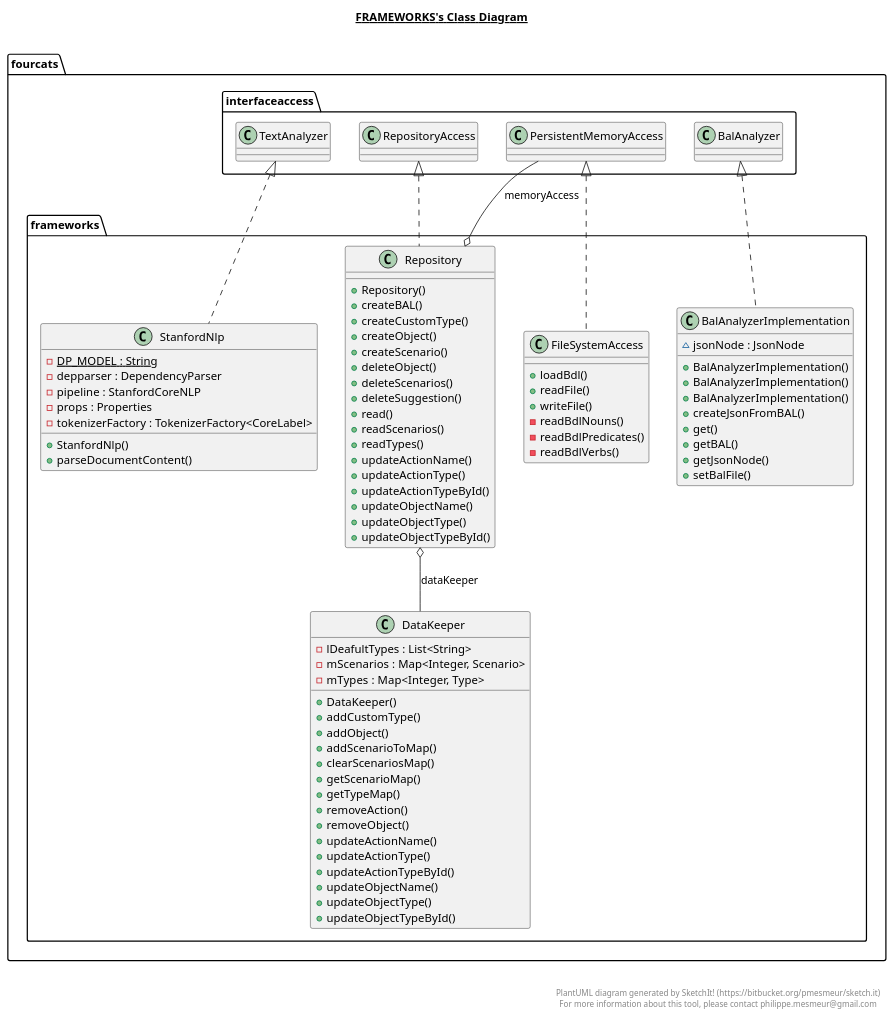
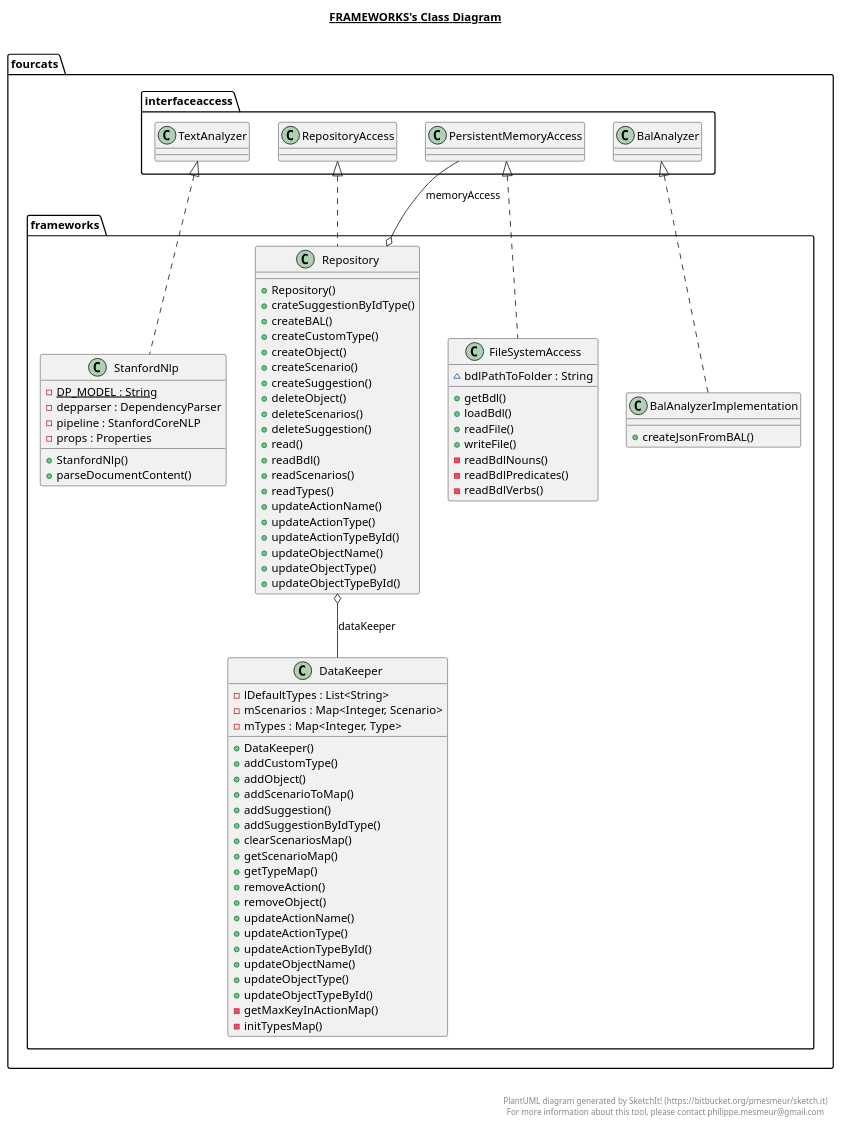
The diagram in NaturalAPI_Design/src/main/java/fourcats/frameworks/Frameworks.plantuml (fourcatsteam/NaturalAPI), drawn with PlantUML before and after one commit. The commit also changed 28 other files, not shown here.

```diff
--- a/NaturalAPI_Design/src/main/java/fourcats/frameworks/Frameworks.plantuml
+++ b/NaturalAPI_Design/src/main/java/fourcats/frameworks/Frameworks.plantuml
@@ -1,117 +1,117 @@
 @startuml
 
 title __FRAMEWORKS's Class Diagram__\n
 
   namespace fourcats {
     namespace frameworks {
       class fourcats.frameworks.BalAnalyzerImplementation {
-          ~ jsonNode : JsonNode
-          + BalAnalyzerImplementation()
-          + BalAnalyzerImplementation()
-          + BalAnalyzerImplementation()
           + createJsonFromBAL()
-          + get()
-          + getBAL()
-          + getJsonNode()
-          + setBalFile()
       }
     }
   }
   
 
   namespace fourcats {
     namespace frameworks {
       class fourcats.frameworks.DataKeeper {
-          - lDeafultTypes : List<String>
+          - lDefaultTypes : List<String>
           - mScenarios : Map<Integer, Scenario>
           - mTypes : Map<Integer, Type>
           + DataKeeper()
           + addCustomType()
           + addObject()
           + addScenarioToMap()
+          + addSuggestion()
+          + addSuggestionByIdType()
           + clearScenariosMap()
           + getScenarioMap()
           + getTypeMap()
           + removeAction()
           + removeObject()
           + updateActionName()
           + updateActionType()
           + updateActionTypeById()
           + updateObjectName()
           + updateObjectType()
           + updateObjectTypeById()
+          - getMaxKeyInActionMap()
+          - initTypesMap()
       }
     }
   }
   
 
   namespace fourcats {
     namespace frameworks {
       class fourcats.frameworks.FileSystemAccess {
+          ~ bdlPathToFolder : String
+          + getBdl()
           + loadBdl()
           + readFile()
           + writeFile()
           - readBdlNouns()
           - readBdlPredicates()
           - readBdlVerbs()
       }
     }
   }
   
 
   namespace fourcats {
     namespace frameworks {
       class fourcats.frameworks.Repository {
           + Repository()
+          + crateSuggestionByIdType()
           + createBAL()
           + createCustomType()
           + createObject()
           + createScenario()
+          + createSuggestion()
           + deleteObject()
           + deleteScenarios()
           + deleteSuggestion()
           + read()
+          + readBdl()
           + readScenarios()
           + readTypes()
           + updateActionName()
           + updateActionType()
           + updateActionTypeById()
           + updateObjectName()
           + updateObjectType()
           + updateObjectTypeById()
       }
     }
   }
   
 
   namespace fourcats {
     namespace frameworks {
       class fourcats.frameworks.StanfordNlp {
           {static} - DP_MODEL : String
           - depparser : DependencyParser
           - pipeline : StanfordCoreNLP
           - props : Properties
-          - tokenizerFactory : TokenizerFactory<CoreLabel>
           + StanfordNlp()
           + parseDocumentContent()
       }
     }
   }
   
 
   fourcats.frameworks.BalAnalyzerImplementation .up.|> fourcats.interfaceaccess.BalAnalyzer
   fourcats.frameworks.FileSystemAccess .up.|> fourcats.interfaceaccess.PersistentMemoryAccess
   fourcats.frameworks.Repository .up.|> fourcats.interfaceaccess.RepositoryAccess
   fourcats.frameworks.Repository o-- fourcats.frameworks.DataKeeper : dataKeeper
   fourcats.frameworks.Repository o-- fourcats.interfaceaccess.PersistentMemoryAccess : memoryAccess
   fourcats.frameworks.StanfordNlp .up.|> fourcats.interfaceaccess.TextAnalyzer
 
 
 right footer
 
 
 PlantUML diagram generated by SketchIt! (https://bitbucket.org/pmesmeur/sketch.it)
 For more information about this tool, please contact philippe.mesmeur@gmail.com
 endfooter
 
 @enduml
```
